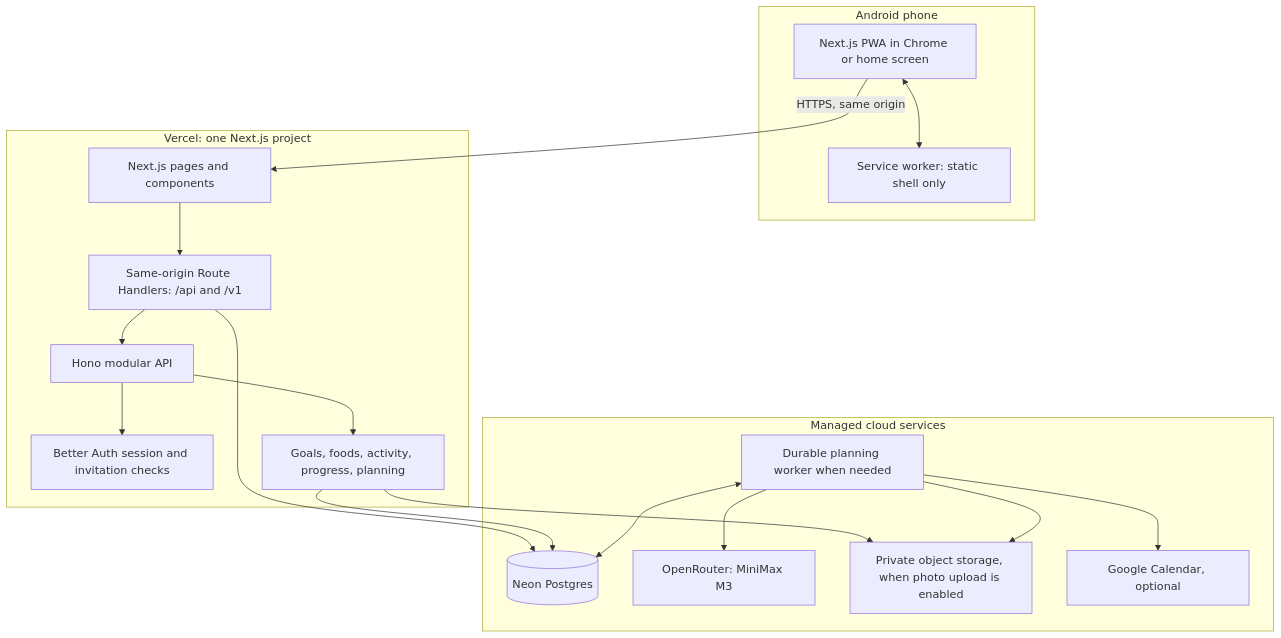
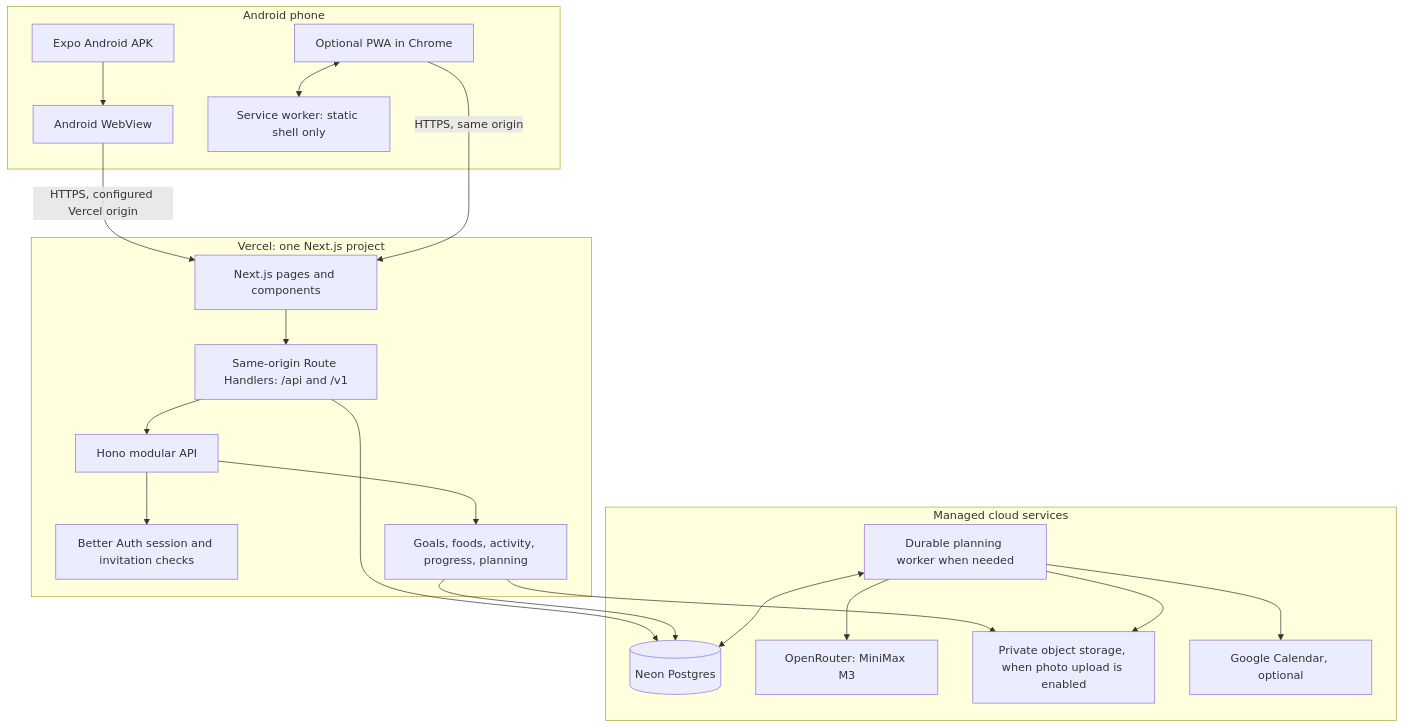
Before and after one commit to siddharthg2309/healthcare: the first of 5 diagrams in docs/IMPLEMENTATION_PLAN.md, drawn with Mermaid. The commit also changed other lines of this file and 17 other files, not shown here.

Commit message:
feat(android): add private APK shell

````diff
--- a/docs/IMPLEMENTATION_PLAN.md
+++ b/docs/IMPLEMENTATION_PLAN.md
@@ -374,37 +376,41 @@
 ```mermaid
 flowchart TB
   subgraph Android[Android phone]
-    PWA[Next.js PWA in Chrome or home screen]
+    APK[Expo Android APK]
+    WebView[Android WebView]
+    Browser[Optional PWA in Chrome]
     SW[Service worker: static shell only]
-    PWA <--> SW
+    Browser <--> SW
+    APK --> WebView
   end
 
   subgraph Vercel[Vercel: one Next.js project]
     UI[Next.js pages and components]
     Routes[Same-origin Route Handlers: /api and /v1]
     Hono[Hono modular API]
     Auth[Better Auth session and invitation checks]
     Domain[Goals, foods, activity, progress, planning]
     UI --> Routes
     Routes --> Hono
     Hono --> Auth
     Hono --> Domain
   end
 
   subgraph Cloud[Managed cloud services]
     DB[(Neon Postgres)]
     Worker[Durable planning worker when needed]
     Model[OpenRouter: MiniMax M3]
     Storage[Private object storage, when photo upload is enabled]
     Calendar[Google Calendar, optional]
   end
 
-  PWA -->|HTTPS, same origin| UI
+  WebView -->|HTTPS, configured Vercel origin| UI
+  Browser -->|HTTPS, same origin| UI
   Routes --> DB
   Domain --> DB
   Worker <--> DB
   Worker --> Model
   Domain --> Storage
   Worker --> Storage
   Worker --> Calendar
 ```
````
